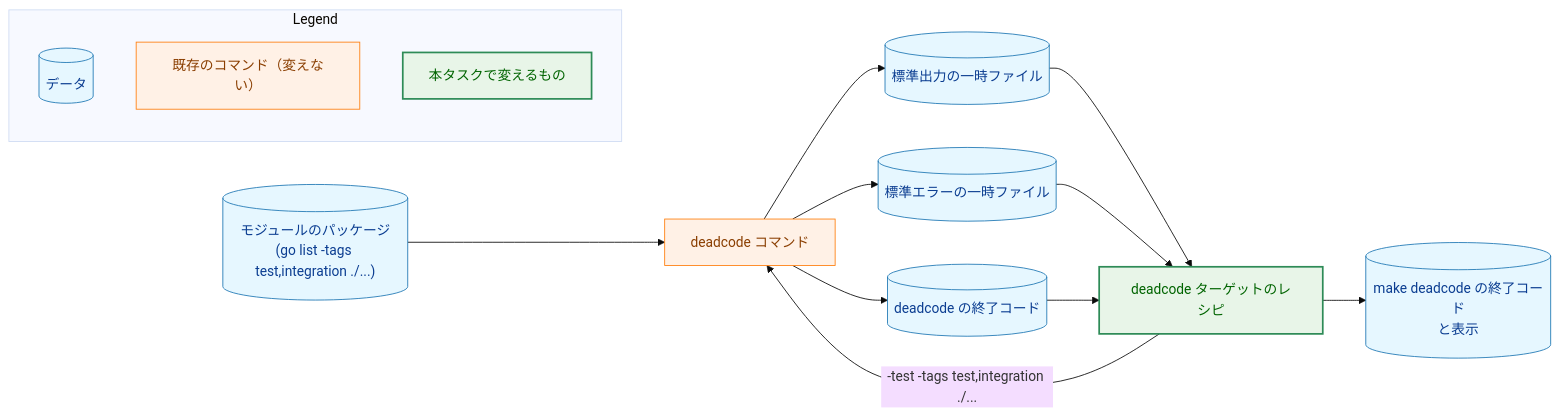
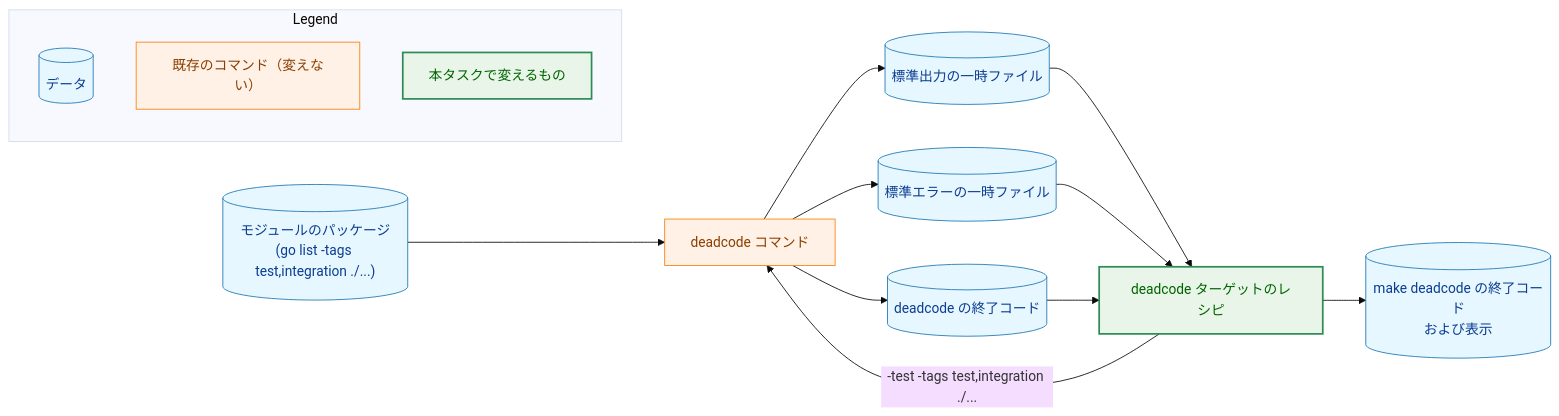
One commit to isseis/yt2column changed the first of 4 diagrams in docs/tasks/0047_deadcode_scope/02_architecture.md. Above: the diagram before and after it, drawn with Mermaid (base theme). The commit also changed other lines of this file, not shown here.

First line of the commit message:
docs(0047): address the architecture review and polish the Japanese prose

````diff
--- a/docs/tasks/0047_deadcode_scope/02_architecture.md
+++ b/docs/tasks/0047_deadcode_scope/02_architecture.md
@@ -54,37 +56,37 @@
 ```mermaid
 flowchart LR
     classDef data fill:#e6f7ff,stroke:#1f77b4,stroke-width:1px,color:#0b3d91;
     classDef process fill:#fff1e6,stroke:#ff7f0e,stroke-width:1px,color:#8a3e00;
     classDef enhanced fill:#e8f5e8,stroke:#2e8b57,stroke-width:2px,color:#006400;
 
     PKGS[("モジュールのパッケージ<br>(go list -tags test,integration ./...)")]
     RECIPE["deadcode ターゲットのレシピ"]
     DC["deadcode コマンド"]
     OUT[("標準出力の一時ファイル")]
     ERR[("標準エラーの一時ファイル")]
     STATUS[("deadcode の終了コード")]
-    VERDICT[("make deadcode の終了コード<br>と表示")]
+    VERDICT[("make deadcode の終了コード<br>および表示")]
 
     RECIPE -->|"-test -tags test,integration ./..."| DC
     PKGS --> DC
     DC --> OUT
     DC --> ERR
     DC --> STATUS
     OUT --> RECIPE
     ERR --> RECIPE
     STATUS --> RECIPE
     RECIPE --> VERDICT
 
     class PKGS,OUT,ERR,STATUS,VERDICT data
     class DC process
     class RECIPE enhanced
 
     subgraph Legend["Legend"]
         L1[("データ")]
         L2["既存のコマンド（変えない）"]
         L3["本タスクで変えるもの"]
     end
     class L1 data
     class L2 process
     class L3 enhanced
 ```
````
